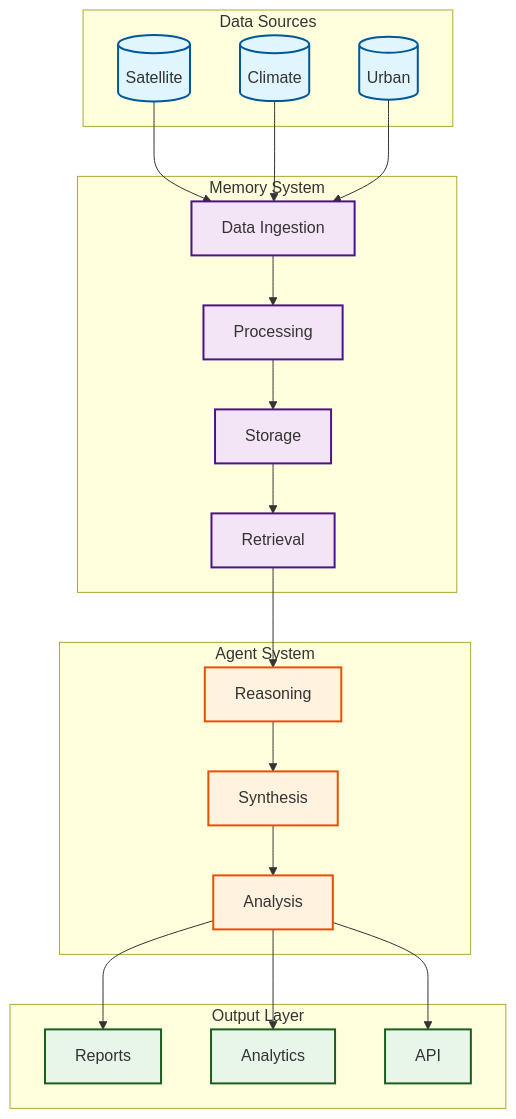
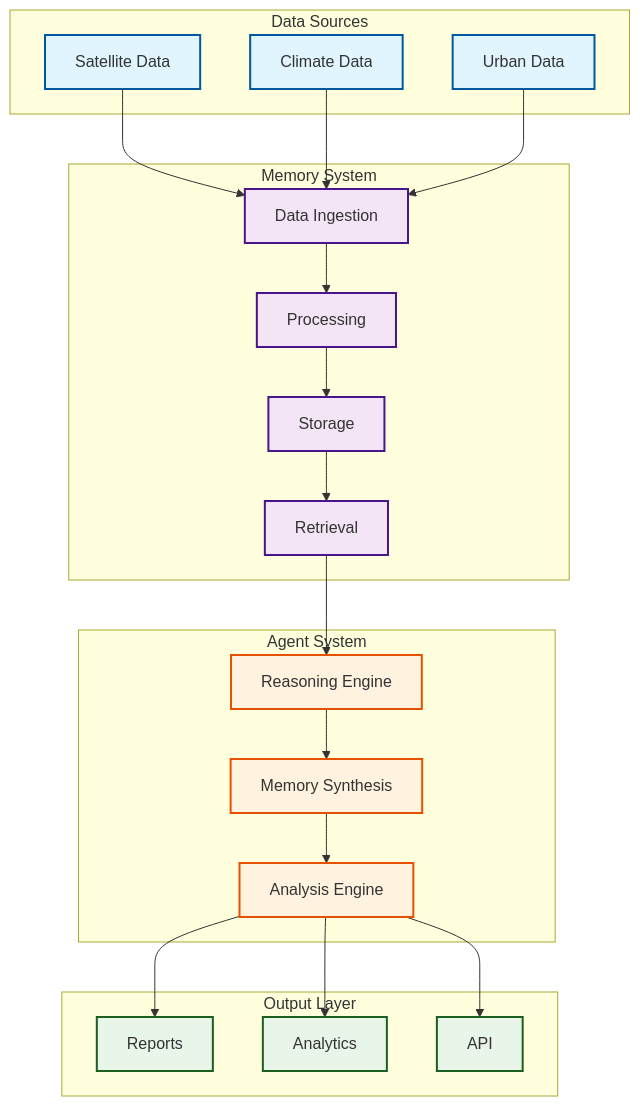
One commit to Vortx-AI/memories-dev changed the first of 3 diagrams in README.md. Above: the diagram before and after it, drawn with Mermaid. The commit also changed other lines of this file, not shown here.

````diff
--- a/README.md
+++ b/README.md
@@ -42,53 +42,49 @@
 ```mermaid
 graph TD
-    %% Style definitions
-    classDef sourceNode fill:#e1f5fe,stroke:#01579b,stroke-width:2px
-    classDef memoryNode fill:#f3e5f5,stroke:#4a148c,stroke-width:2px
-    classDef agentNode fill:#fff3e0,stroke:#e65100,stroke-width:2px
-    classDef outputNode fill:#e8f5e9,stroke:#1b5e20,stroke-width:2px
+    %% Styles
+    classDef source fill:#e1f5fe,stroke:#01579b,stroke-width:2px;
+    classDef memory fill:#f3e5f5,stroke:#4a148c,stroke-width:2px;
+    classDef agent fill:#fff3e0,stroke:#e65100,stroke-width:2px;
+    classDef output fill:#e8f5e9,stroke:#1b5e20,stroke-width:2px;
 
     %% Data Sources
-    subgraph DataSources["Data Sources"]
-        S1[("Satellite")]
-        S2[("Climate")]
-        S3[("Urban")]
+    subgraph Sources[Data Sources]
+        S1[Satellite Data]
+        S2[Climate Data]
+        S3[Urban Data]
     end
 
     %% Memory System
-    subgraph MemorySystem["Memory System"]
-        M1["Data Ingestion"]
-        M2["Processing"]
-        M3["Storage"]
-        M4["Retrieval"]
+    subgraph Memory[Memory System]
+        M1[Data Ingestion]
+        M2[Processing]
+        M3[Storage]
+        M4[Retrieval]
     end
 
     %% Agent System
-    subgraph AgentSystem["Agent System"]
-        A1["Reasoning"]
-        A2["Synthesis"]
-        A3["Analysis"]
+    subgraph Agents[Agent System]
+        A1[Reasoning Engine]
+        A2[Memory Synthesis]
+        A3[Analysis Engine]
     end
 
-    %% Output Layer
-    subgraph OutputLayer["Output Layer"]
-        O1["Reports"]
-        O2["Analytics"]
-        O3["API"]
+    %% Output System
+    subgraph Output[Output Layer]
+        O1[Reports]
+        O2[Analytics]
+        O3[API]
     end
 
-    %% Connections
+    %% Flow
     S1 & S2 & S3 --> M1
-    M1 --> M2
-    M2 --> M3
-    M3 --> M4
-    M4 --> A1
-    A1 --> A2
-    A2 --> A3
+    M1 --> M2 --> M3 --> M4
+    M4 --> A1 --> A2 --> A3
     A3 --> O1 & O2 & O3
 
-    %% Apply styles
-    class S1,S2,S3 sourceNode
-    class M1,M2,M3,M4 memoryNode
-    class A1,A2,A3 agentNode
-    class O1,O2,O3 outputNode
+    %% Styles
+    class S1,S2,S3 source;
+    class M1,M2,M3,M4 memory;
+    class A1,A2,A3 agent;
+    class O1,O2,O3 output;
 ```
````
